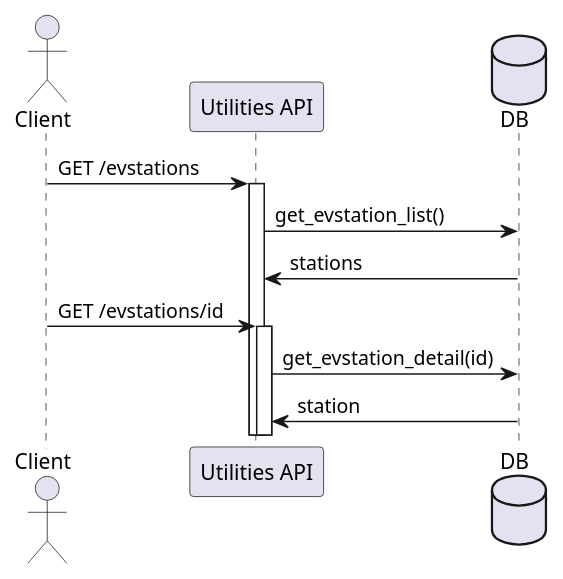
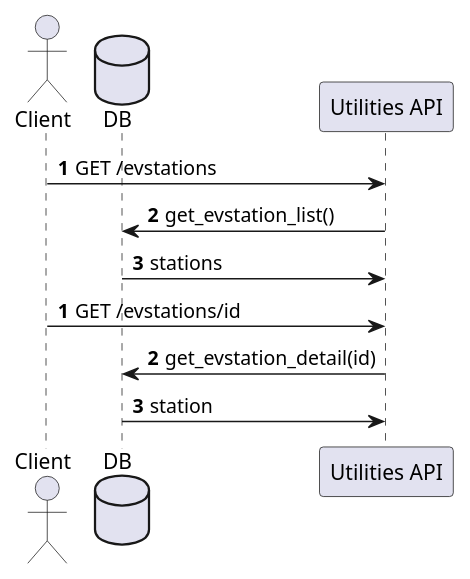
The diagram in README.md (adetola-adewodu/geo-utilities-api), drawn with PlantUML before and after one commit. The commit also changed other lines of this file and 1 other file, not shown here.

Commit message:
Updating README and Diagram

```diff
--- a/README.md
+++ b/README.md
@@ -56,18 +56,17 @@
     @startuml GeoDiagram
 
     actor Client
-
+    database DB
+    
+    autonumber
+    
     Client -> "Utilities API": GET /evstations
-
-    activate "Utilities API"
-    database DB
     "Utilities API" -> DB: get_evstation_list()
     DB -> "Utilities API": stations
 
+    autonumber
     Client -> "Utilities API": GET /evstations/id
-
-    activate "Utilities API"
     "Utilities API" -> DB: get_evstation_detail(id)
     DB -> "Utilities API": station
 
     @enduml
```
